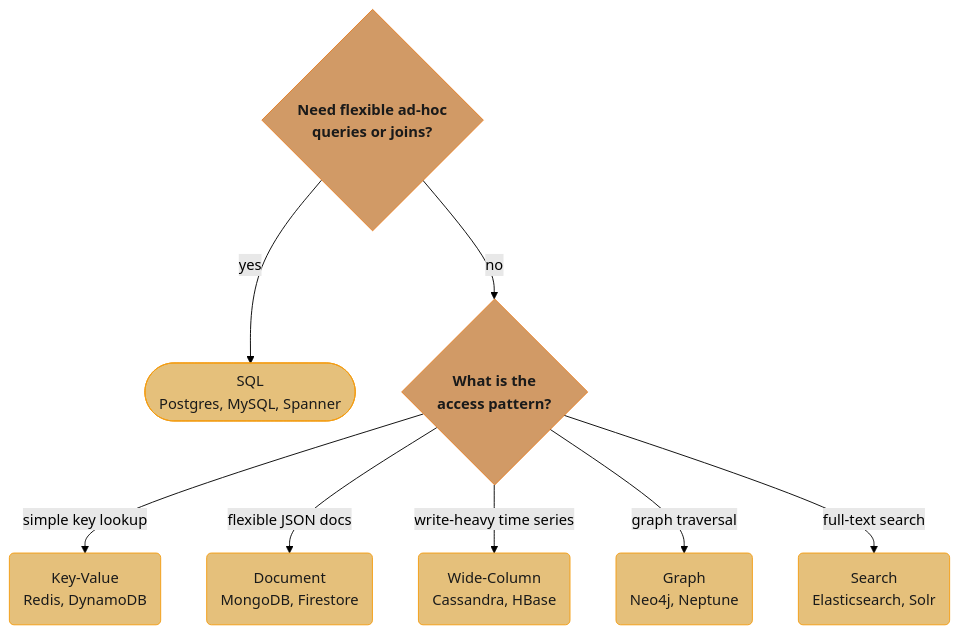
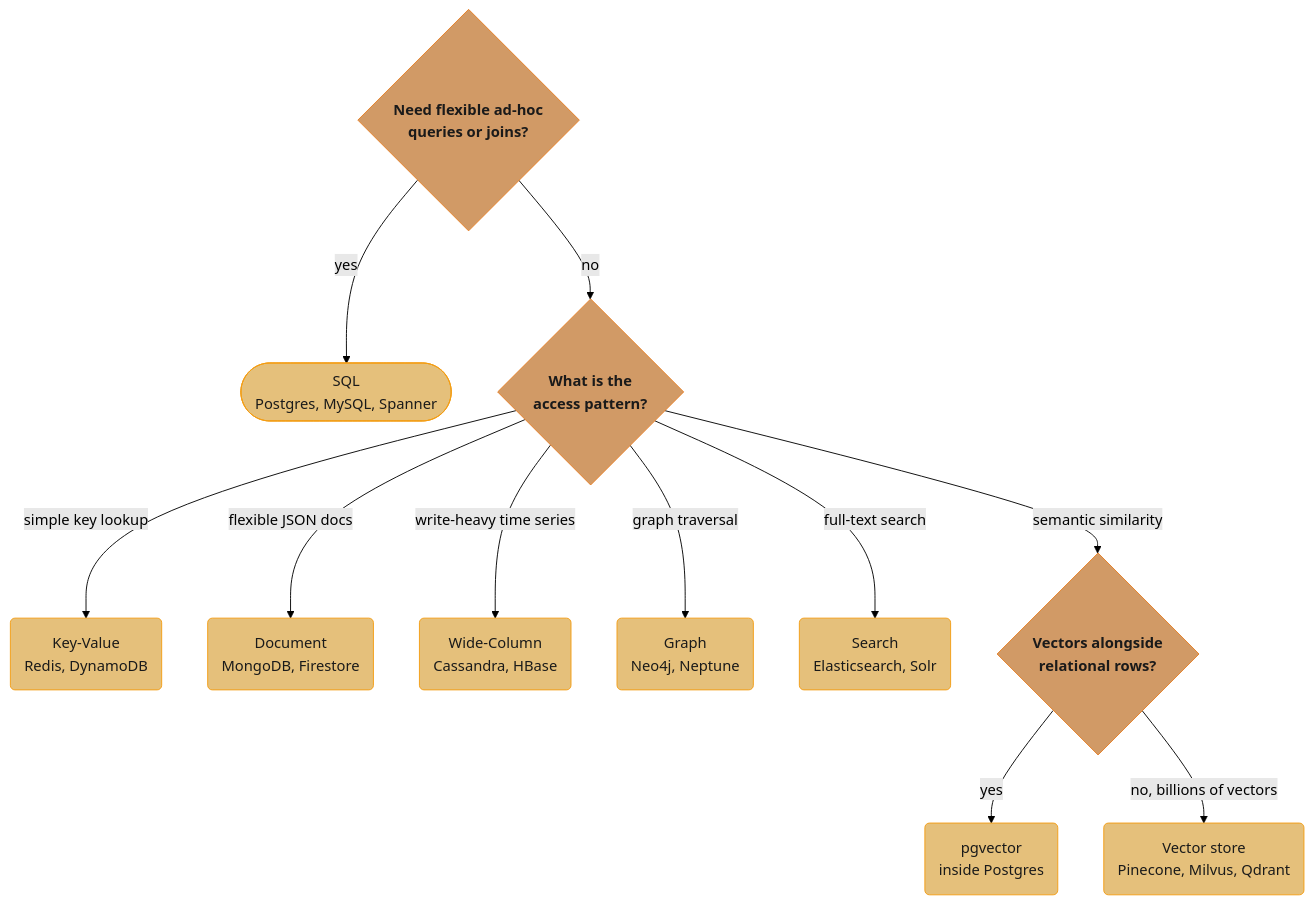
Before and after one commit to rppol/system-design: the first of 7 diagrams in src/main/java/com/rutik/systemdesign/hld/database_design/database_design.md, drawn with Mermaid (forest theme). The commit also changed other lines of this file and 466 other files, not shown here.

````diff
--- a/src/main/java/com/rutik/systemdesign/hld/database_design/database_design.md
+++ b/src/main/java/com/rutik/systemdesign/hld/database_design/database_design.md
@@ -41,22 +43,25 @@
 ```mermaid
 flowchart TD
     classDef io      fill:#61afef,stroke:#2e86c1,color:#1a1a1a,font-weight:bold
     classDef frozen  fill:#c678dd,stroke:#9b59b6,color:#fff
     classDef train   fill:#98c379,stroke:#27ae60,color:#1a1a1a
     classDef mathOp  fill:#d19a66,stroke:#e67e22,color:#1a1a1a,font-weight:bold
     classDef lossN   fill:#e06c75,stroke:#c0392b,color:#fff,font-weight:bold
     classDef req     fill:#56b6c2,stroke:#0097a7,color:#1a1a1a
     classDef base    fill:#e5c07b,stroke:#f39c12,color:#1a1a1a
 
     Q1{Need flexible ad-hoc<br/>queries or joins?} -->|yes| SQL([SQL<br/>Postgres, MySQL, Spanner])
     Q1 -->|no| Q2{What is the<br/>access pattern?}
 
     Q2 -->|simple key lookup| KV(Key-Value<br/>Redis, DynamoDB)
     Q2 -->|flexible JSON docs| DOC(Document<br/>MongoDB, Firestore)
     Q2 -->|write-heavy time series| WIDE(Wide-Column<br/>Cassandra, HBase)
     Q2 -->|graph traversal| GRAPH(Graph<br/>Neo4j, Neptune)
     Q2 -->|full-text search| SEARCH(Search<br/>Elasticsearch, Solr)
+    Q2 -->|semantic similarity| Q3{Vectors alongside<br/>relational rows?}
+    Q3 -->|yes| PGV(pgvector<br/>inside Postgres)
+    Q3 -->|no, billions of vectors| VEC(Vector store<br/>Pinecone, Milvus, Qdrant)
 
-    class Q1,Q2 mathOp
-    class SQL,KV,DOC,WIDE,GRAPH,SEARCH base
+    class Q1,Q2,Q3 mathOp
+    class SQL,KV,DOC,WIDE,GRAPH,SEARCH,PGV,VEC base
 ```
````
